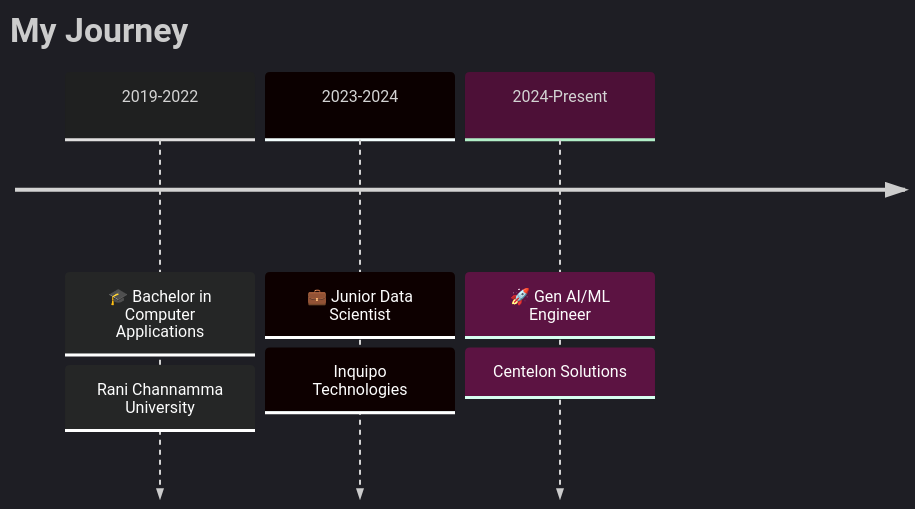
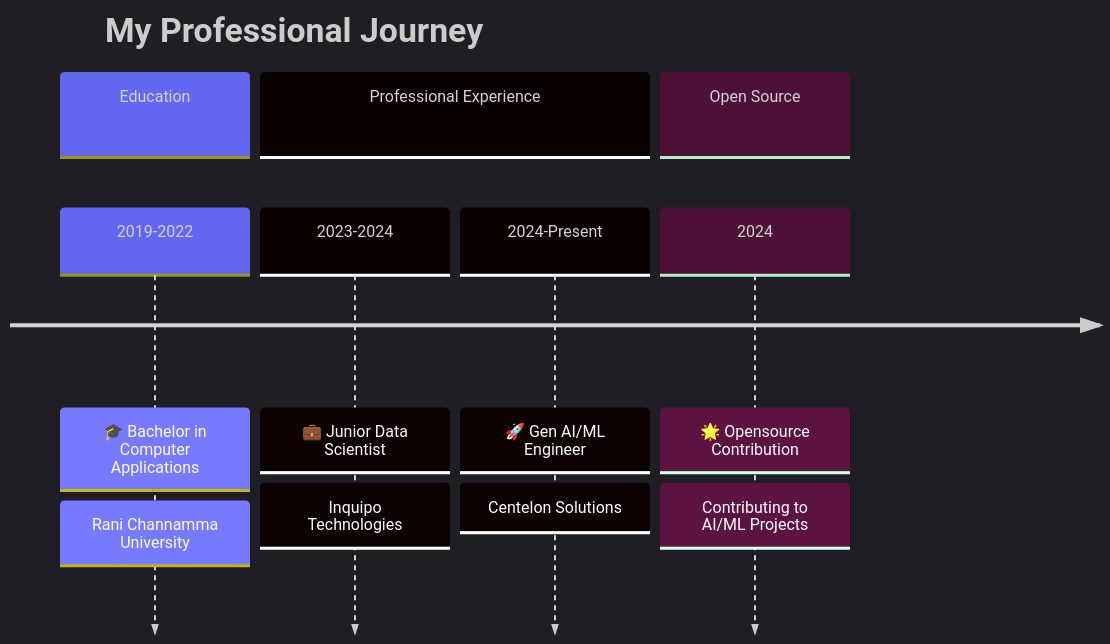
One commit to Vijay-konakeri/Vijay-konakeri changed the diagram in README.md. Above: the diagram before and after it, drawn with Mermaid. The commit also changed other lines of this file, not shown here.

````diff
--- a/README.md
+++ b/README.md
@@ -41,8 +42,16 @@
 ```mermaid
-%%{init: {'theme':'dark'}}%%
+%%{init: {'theme':'dark', 'themeVariables': {'primaryColor':'#6366F1','primaryTextColor':'#fff','primaryBorderColor':'#818CF8','lineColor':'#A5B4FC','secondaryColor':'#4F46E5','tertiaryColor':'#312E81'}}}%%
 timeline
-    title My Journey
-    2019-2022 : 🎓 Bachelor in Computer Applications : Rani Channamma University
-    2023-2024 : 💼 Junior Data Scientist : Inquipo Technologies
-    2024-Present : 🚀 Gen AI/ML Engineer : Centelon Solutions
+    title My Professional Journey
+    section Education
+        2019-2022 : 🎓 Bachelor in Computer Applications
+                  : Rani Channamma University
+    section Professional Experience
+        2023-2024 : 💼 Junior Data Scientist
+                  : Inquipo Technologies
+        2024-Present : 🚀 Gen AI/ML Engineer
+                     : Centelon Solutions
+    section Open Source
+        2024 : 🌟 Opensource Contribution
+             : Contributing to AI/ML Projects
 ```
````
